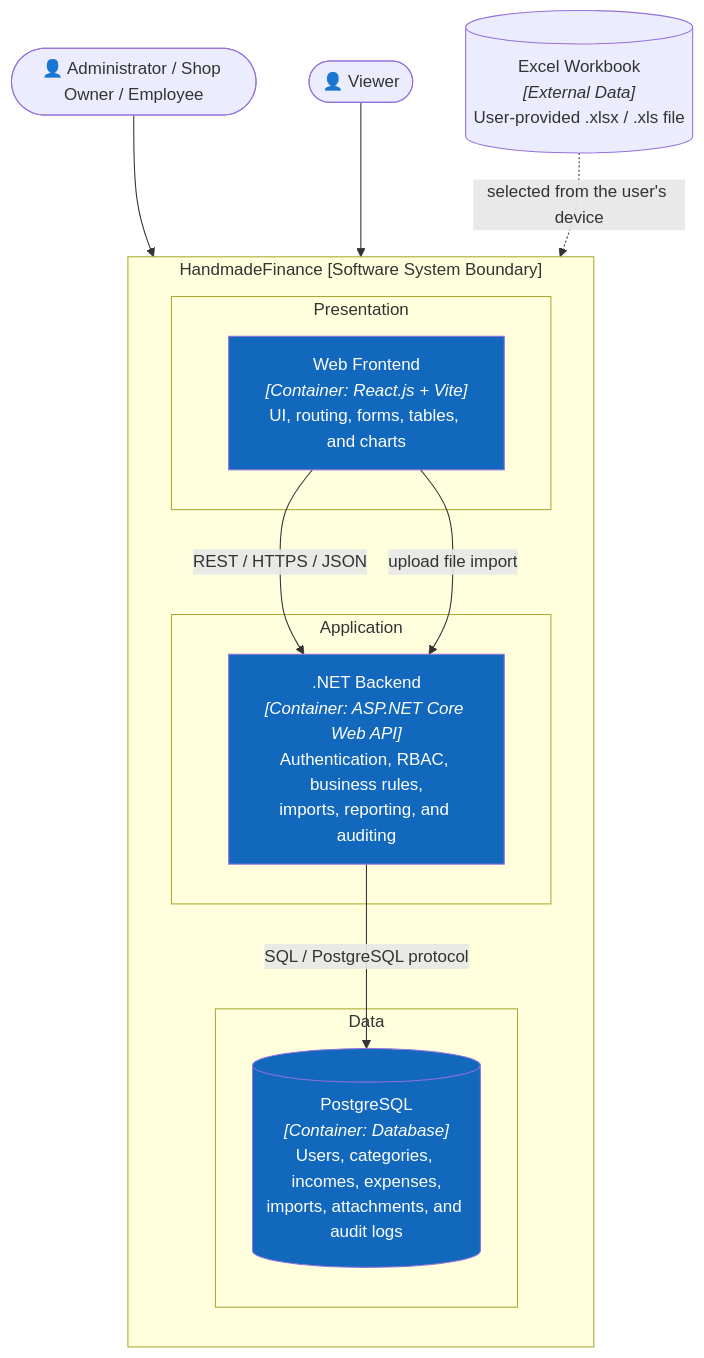
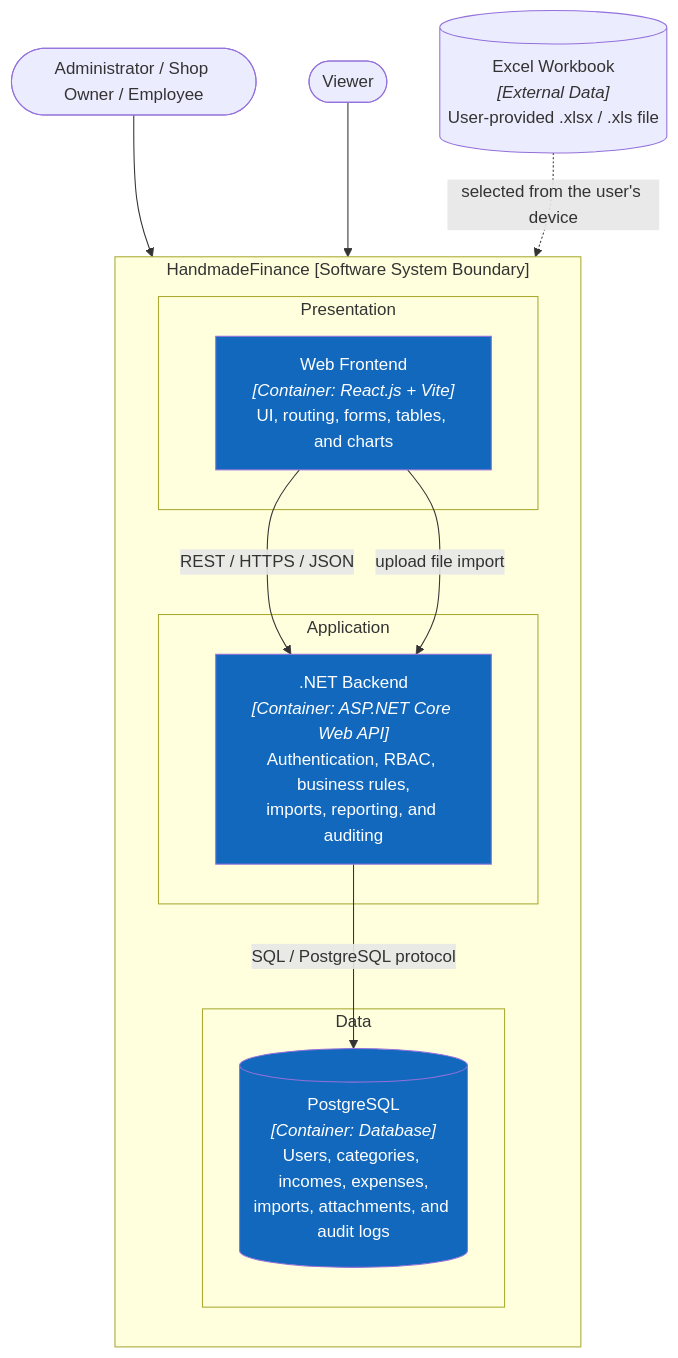
One commit to PhamHiep948/finance-manager changed the third of 10 diagrams in README.md. Above: the diagram before and after it, drawn with Mermaid. The commit also changed other lines of this file and 42 other files, not shown here.

Commit message:
Cap nhat README kien truc, mindmap va bo badge tren bang giao dich

````diff
--- a/README.md
+++ b/README.md
@@ -104,31 +126,31 @@
 ```mermaid
 flowchart TB
-    operator(["👤 Administrator / Shop Owner / Employee"])
-    reader(["👤 Viewer"])
+    operator(["Administrator / Shop Owner / Employee"])
+    reader(["Viewer"])
 
     subgraph platform["HandmadeFinance [Software System Boundary]"]
         direction TB
         subgraph presentation["Presentation"]
             web["Web Frontend<br/><i>[Container: React.js + Vite]</i><br/>UI, routing, forms, tables, and charts"]
         end
         subgraph application["Application"]
             backend[".NET Backend<br/><i>[Container: ASP.NET Core Web API]</i><br/>Authentication, RBAC, business rules,<br/>imports, reporting, and auditing"]
         end
         subgraph data["Data"]
             database[("PostgreSQL<br/><i>[Container: Database]</i><br/>Users, categories, incomes, expenses,<br/>imports, attachments, and audit logs")]
         end
     end
 
     workbook[("Excel Workbook<br/><i>[External Data]</i><br/>User-provided .xlsx / .xls file")]
 
     operator --> web
     reader --> web
     web -- "REST / HTTPS / JSON" --> backend
     web -- "upload file import" --> backend
     workbook -.->|"selected from the user's device"| web
     backend -- "SQL / PostgreSQL protocol" --> database
 
     style web fill:#1168bd,color:#fff
     style backend fill:#1168bd,color:#fff
     style database fill:#1168bd,color:#fff
 ```
````
